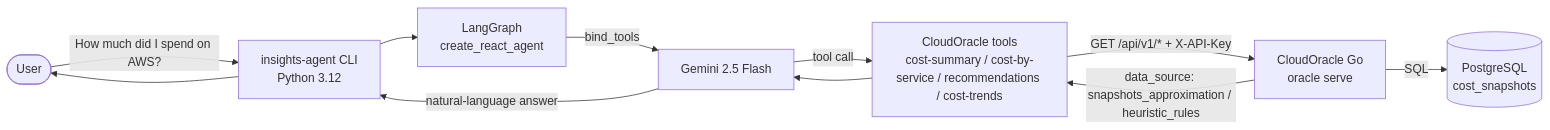
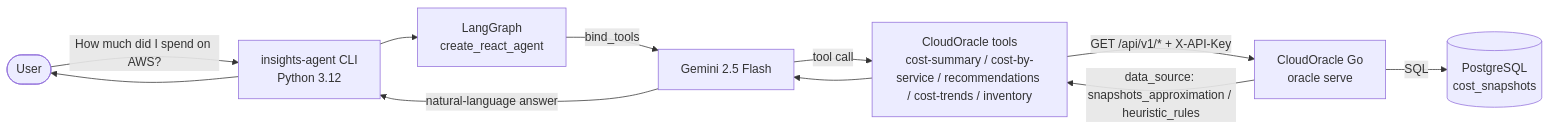
The diagram in README.md (Cro22/CloudOracle), drawn with Mermaid before and after one commit. The commit also changed other lines of this file and 6 other files, not shown here.

First line of the commit message:
feat(insights-agent): inventory tool + /api/v1/inventory endpoint

````diff
--- a/README.md
+++ b/README.md
@@ -18,13 +18,13 @@
 ```mermaid
 flowchart LR
     U([User]) -->|"How much did I spend on AWS?"| CLI[insights-agent CLI<br/>Python 3.12]
     CLI --> G[LangGraph<br/>create_react_agent]
     G -->|"bind_tools"| LLM[Gemini 2.5 Flash]
-    LLM -->|"tool call"| T[CloudOracle tools<br/>cost-summary / cost-by-service / recommendations / cost-trends]
+    LLM -->|"tool call"| T[CloudOracle tools<br/>cost-summary / cost-by-service / recommendations / cost-trends / inventory]
     T -->|"GET /api/v1/* + X-API-Key"| GO[CloudOracle Go<br/>oracle serve]
     GO -->|"SQL"| DB[(PostgreSQL<br/>cost_snapshots)]
     GO -->|"data_source: snapshots_approximation / heuristic_rules"| T
     T --> LLM
     LLM -->|"natural-language answer"| CLI
     CLI --> U
 ```
````
